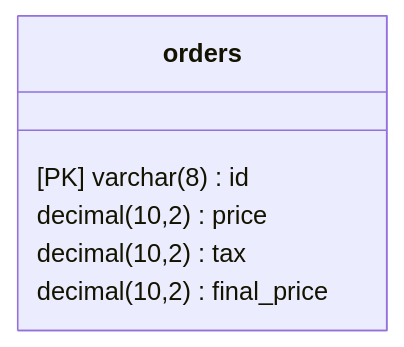
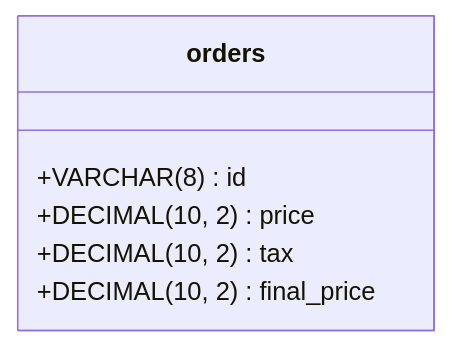
The diagram in README.md (kenesparta/fullcycle-clean-architecture), drawn with Mermaid before and after one commit.

Commit message:
Update mermaid code

````diff
--- a/README.md
+++ b/README.md
@@ -20,10 +20,10 @@
 ```mermaid
 classDiagram
-direction BT
-class orders {
-   [PK] varchar(8) id
-   decimal(10,2) price
-   decimal(10,2) tax
-   decimal(10,2) final_price
-}
+   class orders {
+      +VARCHAR(8) id
+      +DECIMAL(10, 2) price
+      +DECIMAL(10, 2) tax
+      +DECIMAL(10, 2) final_price
+   }
+
 ```
````
